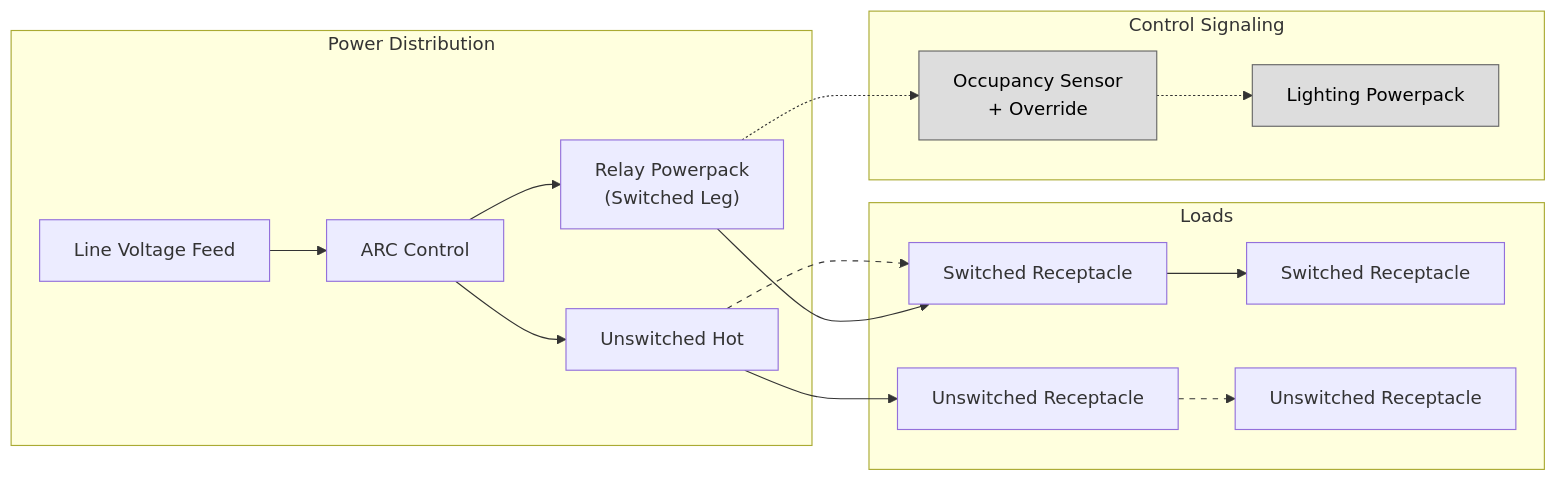
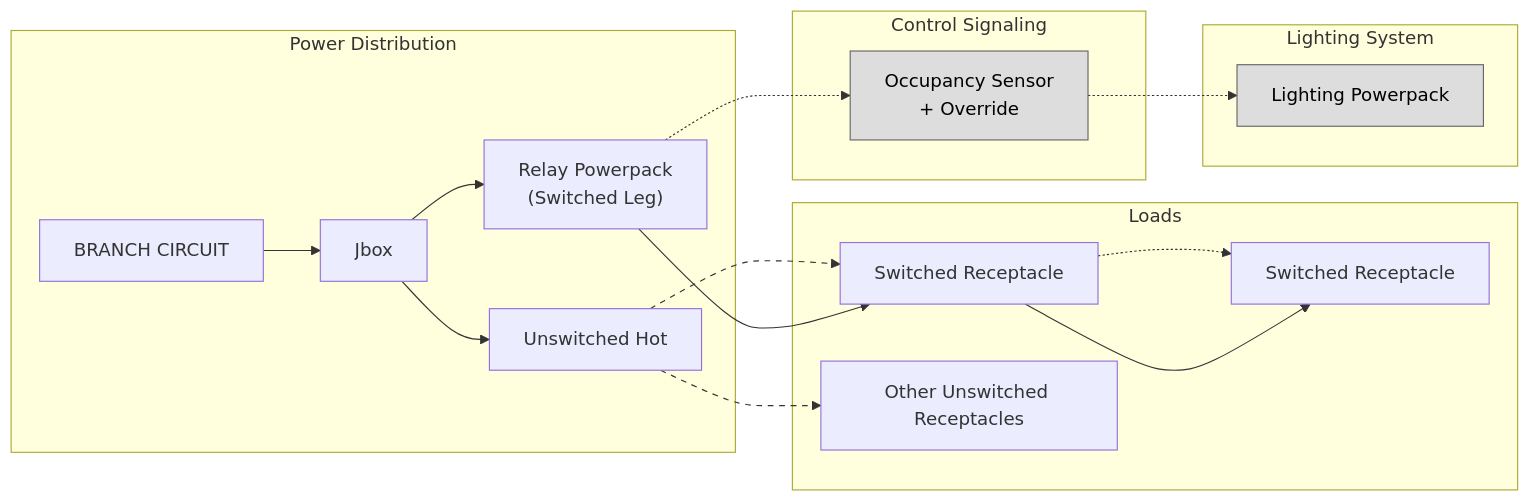
One commit to kissolutions/knowledgebase_wikijs changed the first of 2 diagrams in ontology/functional-constructs/automatic-receptacle-control.md. Above: the diagram before and after it, drawn with Mermaid. The commit also changed other lines of this file, not shown here.

````diff
--- a/ontology/functional-constructs/automatic-receptacle-control.md
+++ b/ontology/functional-constructs/automatic-receptacle-control.md
@@ -158,39 +160,41 @@
 ```mermaid
 graph LR
 
 subgraph PWR["Power Distribution"]
-    LV["Line Voltage Feed"]
-    ARC["ARC Control"]
+    LV["BRANCH CIRCUIT"]
+    JB["Jbox"]
     RP["Relay Powerpack<br>(Switched Leg)"]
     UH["Unswitched Hot"]
 end
 
 subgraph CTRL["Control Signaling"]
     OCC["Occupancy Sensor<br>+ Override"]
-    LP["Lighting Powerpack"]
+end
+subgraph LTG["Lighting System"]
+ LP["Lighting Powerpack"]
+end
+subgraph LOADS["Loads"]
+
+    SR1["Switched Receptacle"]
+    SR2["Switched Receptacle"]
+    UR1["Other Unswitched Receptacles"]
 end
 
-subgraph LOADS["Loads"]
-    SR1["Switched Receptacle"]
-    SR2["Switched Receptacle"]
-    UR1["Unswitched Receptacle"]
-    UR2["Unswitched Receptacle"]
-end
 
-LV --> ARC
-ARC --> RP
-ARC --> UH
+LV --> JB
+JB --> RP
+JB --> UH
 
 RP --> SR1 --> SR2
-UH --> UR1 --> UR2
+SR1 -.-> SR2
+UH --> UR1
 UH --> SR1
-
+OCC -.-> LP
 RP -.-> OCC
-OCC -.-> LP
 
 classDef control fill:#dddddd,stroke:#666666,color:#000000;
 class OCC,LP control;
 
 linkStyle 6 stroke-dasharray: 5 5
 linkStyle 7 stroke-dasharray: 5 5
 ```
````
